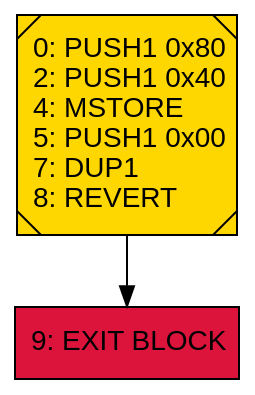
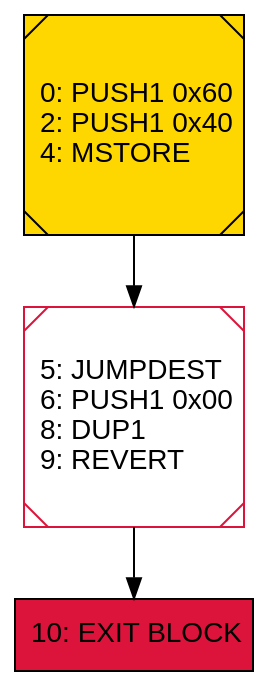
One commit to Witnull/ProjectMando changed the diagram in experiments/ge-sc-data/byte_code/smartbugs/runtime/graphs/arithmetic/clean_60_buggy_curated_0/0x835a44027ee4e92bbd8874e5ede9e5148b069e96-SafeMath.dot. Above: the diagram before and after it, drawn with Graphviz. The commit also changed 4797 other files, not shown here.

Commit message:
add infos and fix for byte code control flow graph gen

```diff
--- a/experiments/ge-sc-data/byte_code/smartbugs/runtime/graphs/arithmetic/clean_60_buggy_curated_0/0x835a44027ee4e92bbd8874e5ede9e5148b069e96-SafeMath.dot
+++ b/experiments/ge-sc-data/byte_code/smartbugs/runtime/graphs/arithmetic/clean_60_buggy_curated_0/0x835a44027ee4e92bbd8874e5ede9e5148b069e96-SafeMath.dot
@@ -1,7 +1,9 @@
 digraph G {
 bgcolor=transparent rankdir=UD;
 node [shape=box style=filled color=black fillcolor=white fontname=arial fontcolor=black];
-0 [label="0: PUSH1 0x80\l2: PUSH1 0x40\l4: MSTORE\l5: PUSH1 0x00\l7: DUP1\l8: REVERT\l" fillcolor=lemonchiffon shape=Msquare fillcolor=gold ];
-9 [label="9: EXIT BLOCK\l" fillcolor=crimson ];
-0 -> 9;
+5 [label="5: JUMPDEST\l6: PUSH1 0x00\l8: DUP1\l9: REVERT\l" shape=Msquare color=crimson ];
+0 [label="0: PUSH1 0x60\l2: PUSH1 0x40\l4: MSTORE\l" fillcolor=lemonchiffon shape=Msquare fillcolor=gold ];
+10 [label="10: EXIT BLOCK\l" fillcolor=crimson ];
+0 -> 5;
+5 -> 10;
 }
```
